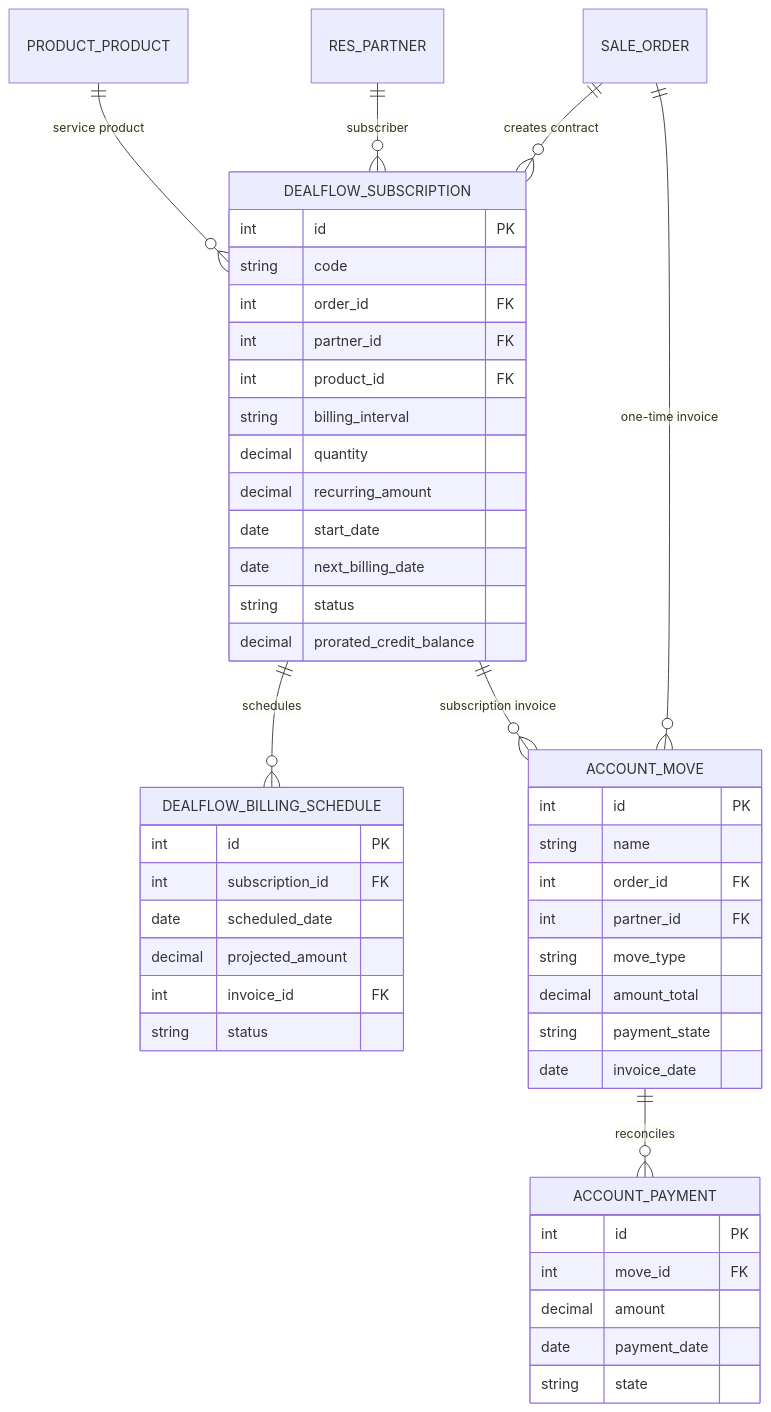
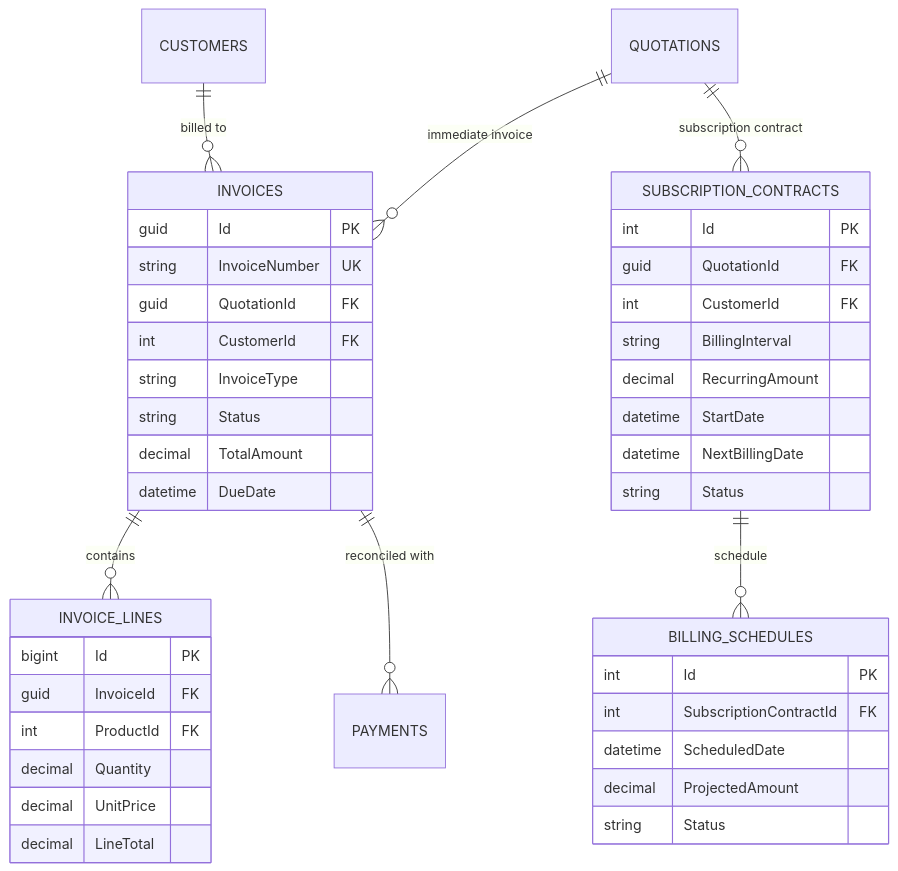
One commit to aniruddh209/Odoo-Heckathon-Gandhinagar changed the seventh of 9 diagrams in docs/database/DEALFLOW360_ERD.md. Above: the diagram before and after it, drawn with Mermaid. The commit also changed other lines of this file and 10 other files, not shown here.

Commit message:
chore(architecture): lock stack to React + ASP.NET Core + SQL Server and align documentation

````diff
--- a/docs/database/DEALFLOW360_ERD.md
+++ b/docs/database/DEALFLOW360_ERD.md
@@ -265,53 +243,48 @@
 ```mermaid
 erDiagram
-    SALE_ORDER ||--o{ DEALFLOW_SUBSCRIPTION : "creates contract"
-    RES_PARTNER ||--o{ DEALFLOW_SUBSCRIPTION : "subscriber"
-    PRODUCT_PRODUCT ||--o{ DEALFLOW_SUBSCRIPTION : "service product"
-    DEALFLOW_SUBSCRIPTION ||--o{ DEALFLOW_BILLING_SCHEDULE : "schedules"
-    SALE_ORDER ||--o{ ACCOUNT_MOVE : "one-time invoice"
-    DEALFLOW_SUBSCRIPTION ||--o{ ACCOUNT_MOVE : "subscription invoice"
-    ACCOUNT_MOVE ||--o{ ACCOUNT_PAYMENT : "reconciles"
+    QUOTATIONS ||--o{ INVOICES : "immediate invoice"
+    QUOTATIONS ||--o{ SUBSCRIPTION_CONTRACTS : "subscription contract"
+    SUBSCRIPTION_CONTRACTS ||--o{ BILLING_SCHEDULES : "schedule"
+    INVOICES ||--o{ INVOICE_LINES : "contains"
+    INVOICES ||--o{ PAYMENTS : "reconciled with"
+    CUSTOMERS ||--o{ INVOICES : "billed to"
 
-    DEALFLOW_SUBSCRIPTION {
-        int id PK
-        string code
-        int order_id FK
-        int partner_id FK
-        int product_id FK
-        string billing_interval
-        decimal quantity
-        decimal recurring_amount
-        date start_date
-        date next_billing_date
-        string status
-        decimal prorated_credit_balance
+    INVOICES {
+        guid Id PK
+        string InvoiceNumber UK
+        guid QuotationId FK
+        int CustomerId FK
+        string InvoiceType
+        string Status
+        decimal TotalAmount
+        datetime DueDate
     }
 
-    DEALFLOW_BILLING_SCHEDULE {
-        int id PK
-        int subscription_id FK
-        date scheduled_date
-        decimal projected_amount
-        int invoice_id FK
-        string status
+    INVOICE_LINES {
+        bigint Id PK
+        guid InvoiceId FK
+        int ProductId FK
+        decimal Quantity
+        decimal UnitPrice
+        decimal LineTotal
     }
 
-    ACCOUNT_MOVE {
-        int id PK
-        string name
-        int order_id FK
-        int partner_id FK
-        string move_type
-        decimal amount_total
-        string payment_state
-        date invoice_date
+    SUBSCRIPTION_CONTRACTS {
+        int Id PK
+        guid QuotationId FK
+        int CustomerId FK
+        string BillingInterval
+        decimal RecurringAmount
+        datetime StartDate
+        datetime NextBillingDate
+        string Status
     }
 
-    ACCOUNT_PAYMENT {
-        int id PK
-        int move_id FK
-        decimal amount
-        date payment_date
-        string state
+    BILLING_SCHEDULES {
+        int Id PK
+        int SubscriptionContractId FK
+        datetime ScheduledDate
+        decimal ProjectedAmount
+        string Status
     }
 ```
````
